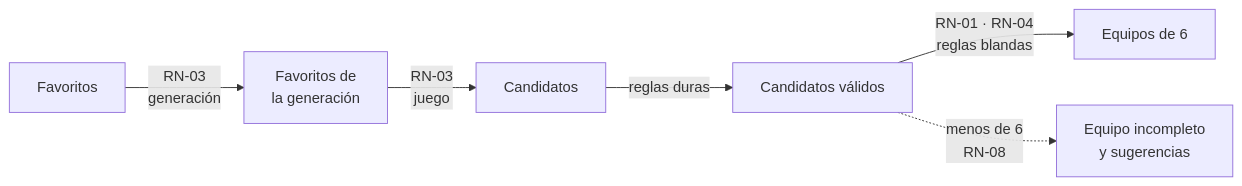
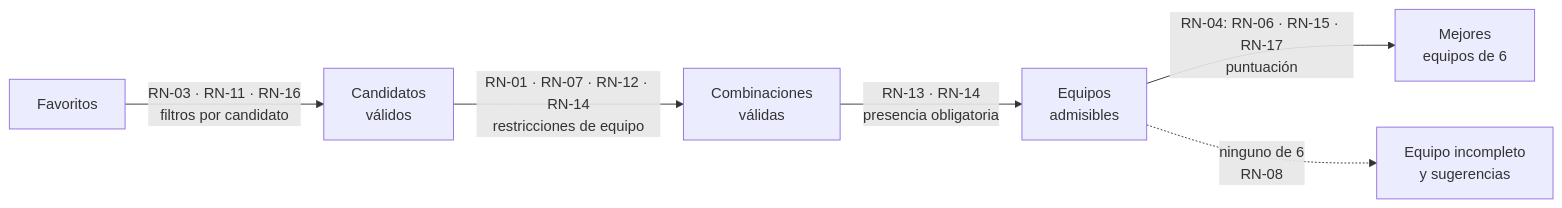
One commit to AlbertoMercado/pokemon-team-builder changed the diagram in docs/01-ddf/reglas-negocio.md. Above: the diagram before and after it, drawn with Mermaid. The commit also changed other lines of this file and 7 other files, not shown here.

````diff
--- a/docs/01-ddf/reglas-negocio.md
+++ b/docs/01-ddf/reglas-negocio.md
@@ -47,8 +74,8 @@
 ```mermaid
 flowchart LR
-    F[Favoritos] -- RN-03<br/>generación --> G[Favoritos de<br/>la generación]
-    G -- RN-03<br/>juego --> C[Candidatos]
-    C -- reglas duras --> V[Candidatos válidos]
-    V -- RN-01 · RN-04<br/>reglas blandas --> E[Equipos de 6]
-    V -. menos de 6<br/>RN-08 .-> A[Equipo incompleto<br/>y sugerencias]
+    F[Favoritos] -- "RN-03 · RN-11 · RN-16<br/>filtros por candidato" --> V[Candidatos<br/>válidos]
+    V -- "RN-01 · RN-07 · RN-12 · RN-14<br/>restricciones de equipo" --> C[Combinaciones<br/>válidas]
+    C -- "RN-13 · RN-14<br/>presencia obligatoria" --> P[Equipos<br/>admisibles]
+    P -- "RN-04: RN-06 · RN-15 · RN-17<br/>puntuación" --> E[Mejores<br/>equipos de 6]
+    P -. "ninguno de 6<br/>RN-08" .-> A[Equipo incompleto<br/>y sugerencias]
 ```
````
